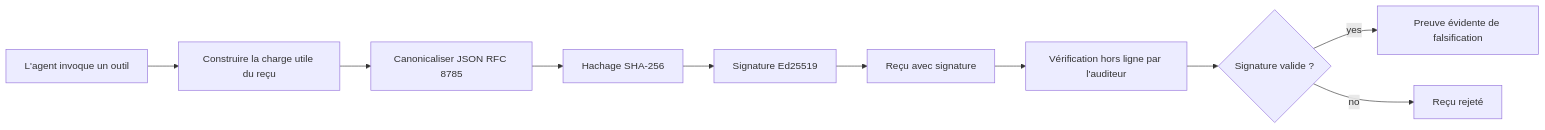
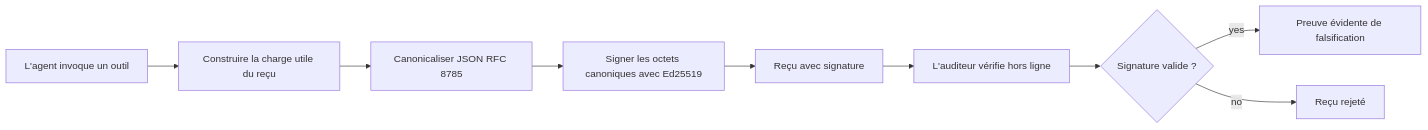
The first of 2 diagrams in mirrors/repos/microsoft@ai-agents-for-beginners/translations/fr/18-securing-ai-agents/README.md (gabrielmoreira/agent-skills-mirror), drawn with Mermaid before and after one commit. The commit also changed other lines of this file and 4262 other files, not shown here.

````diff
--- a/mirrors/repos/microsoft@ai-agents-for-beginners/translations/fr/18-securing-ai-agents/README.md
+++ b/mirrors/repos/microsoft@ai-agents-for-beginners/translations/fr/18-securing-ai-agents/README.md
@@ -51,12 +51,11 @@
 ```mermaid
 flowchart LR
     A[L'agent invoque un outil] --> B[Construire la charge utile du reçu]
     B --> C[Canonicaliser JSON RFC 8785]
-    C --> D[Hachage SHA-256]
-    D --> E[Signature Ed25519]
+    C --> E[Signer les octets canoniques avec Ed25519]
     E --> F[Reçu avec signature]
-    F --> G[Vérification hors ligne par l'auditeur]
+    F --> G[L'auditeur vérifie hors ligne]
     G --> H{Signature valide ?}
     H -- yes --> I[Preuve évidente de falsification]
     H -- no --> J[Reçu rejeté]
 ```
````
